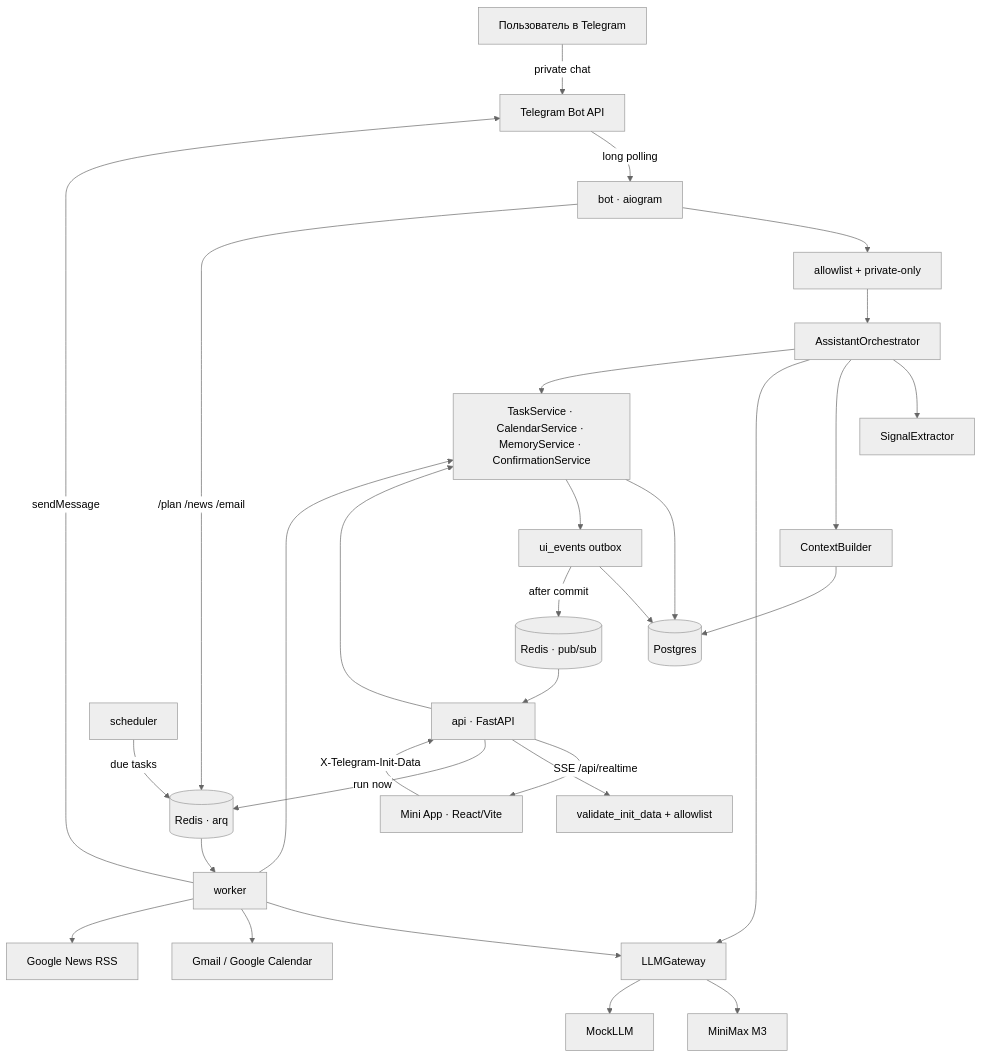
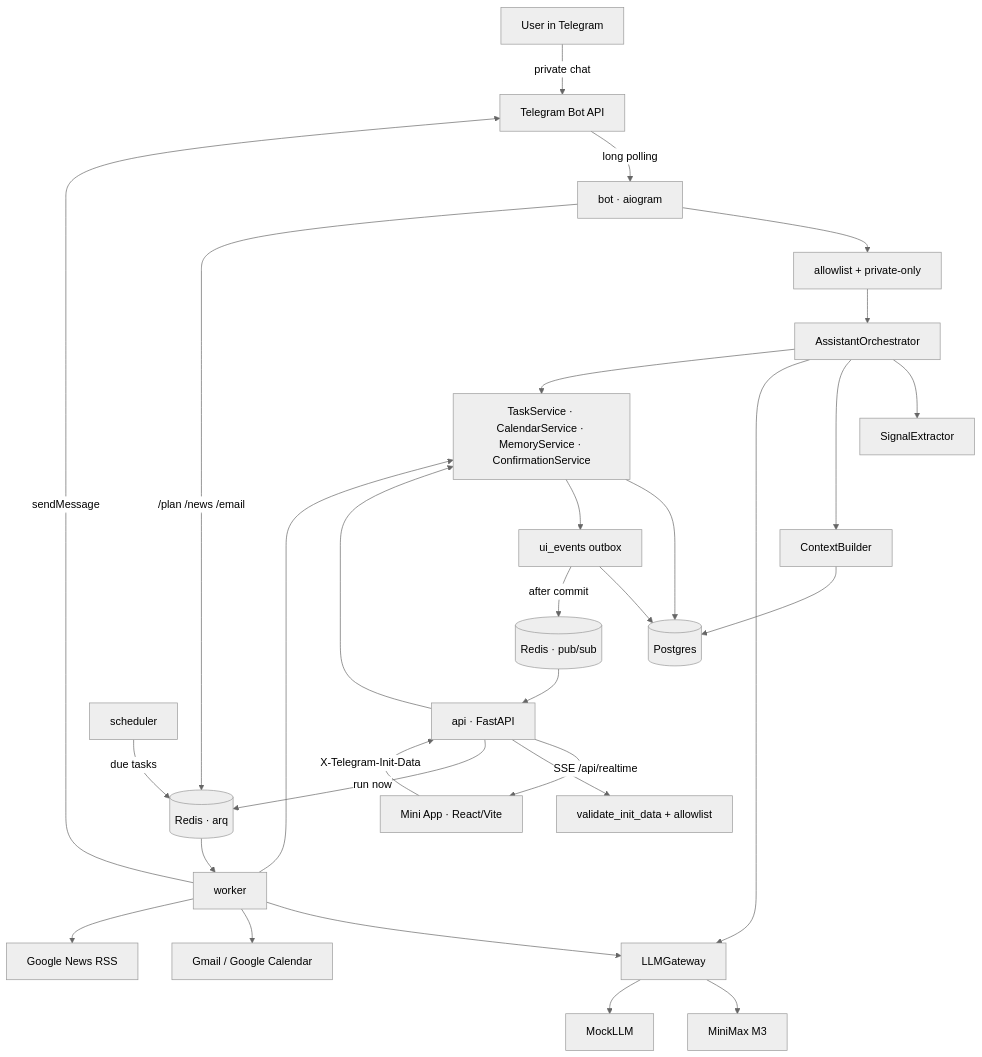
Before and after one commit to Maksim-Burtsev/lumi: the first of 4 diagrams in docs/architecture.md, drawn with Mermaid (neutral theme). The commit also changed other lines of this file and 8 other files, not shown here.

````diff
--- a/docs/architecture.md
+++ b/docs/architecture.md
@@ -22,34 +20,34 @@
 ```mermaid
 flowchart TD
-    U[Пользователь в Telegram] -->|private chat| TG[Telegram Bot API]
+    U[User in Telegram] -->|private chat| TG[Telegram Bot API]
     TG -->|long polling| BOT[bot · aiogram]
     BOT --> GUARD[allowlist + private-only]
     GUARD --> ORCH[AssistantOrchestrator]
     ORCH --> EXTR[SignalExtractor]
     ORCH --> CTX[ContextBuilder]
     ORCH --> LLMGW[LLMGateway]
     LLMGW --> MMX[MiniMax M3]
     LLMGW --> MOCK[MockLLM]
     ORCH --> SVCS[TaskService · CalendarService · MemoryService · ConfirmationService]
     SVCS --> PG[(Postgres)]
     CTX --> PG
 
     MA[Mini App · React/Vite] -->|X-Telegram-Init-Data| API[api · FastAPI]
     API -->|SSE /api/realtime| MA
     API --> AUTH[validate_init_data + allowlist]
     API --> SVCS
     SVCS --> UIE[ui_events outbox]
     UIE --> PG
     UIE -->|after commit| RT[(Redis · pub/sub)]
     RT --> API
 
     SCHED[scheduler] -->|due tasks| Q[(Redis · arq)]
     API -->|run now| Q
     BOT -->|/plan /news /email| Q
     Q --> WRK[worker]
     WRK --> SVCS
     WRK --> LLMGW
     WRK --> GOOGLE[Gmail / Google Calendar]
     WRK --> RSS[Google News RSS]
     WRK -->|sendMessage| TG
 ```
````
